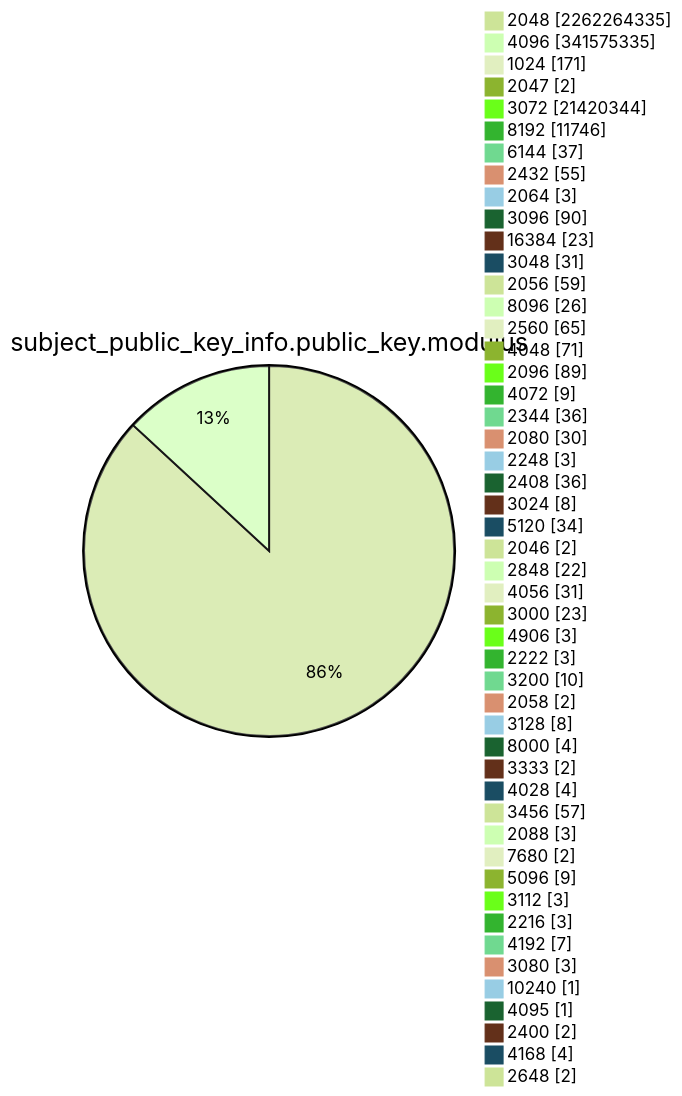
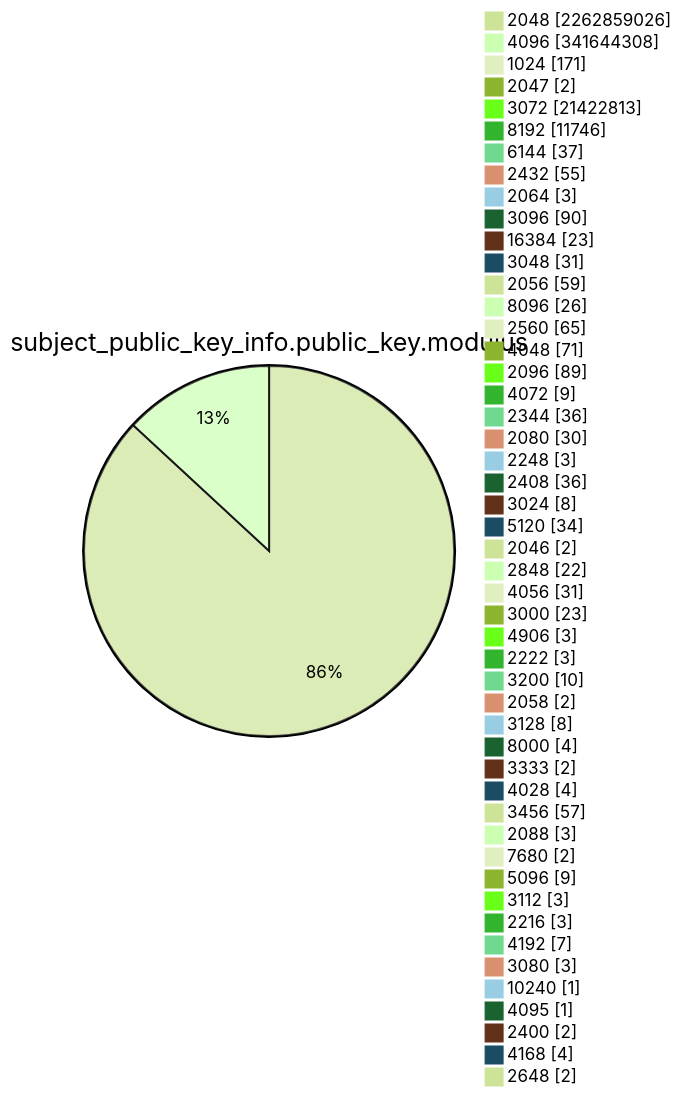
Diagram 13 of 15 in TOTAL/README.md (christiankrug/ctmonitor_visualization), drawn with Mermaid (forest theme) before and after one commit. The commit also changed other lines of this file, not shown here.

````diff
--- a/TOTAL/README.md
+++ b/TOTAL/README.md
@@ -4165,53 +4165,53 @@
 ```mermaid
 pie showData
 title subject_public_key_info.public_key.modulus
-"2048" :2262264335
-"4096" :341575335
+"2048" :2262859026
+"4096" :341644308
 "1024" :171
 "2047" :2
-"3072" :21420344
+"3072" :21422813
 "8192" :11746
 "6144" :37
 "2432" :55
 "2064" :3
 "3096" :90
 "16384" :23
 "3048" :31
 "2056" :59
 "8096" :26
 "2560" :65
 "4048" :71
 "2096" :89
 "4072" :9
 "2344" :36
 "2080" :30
 "2248" :3
 "2408" :36
 "3024" :8
 "5120" :34
 "2046" :2
 "2848" :22
 "4056" :31
 "3000" :23
 "4906" :3
 "2222" :3
 "3200" :10
 "2058" :2
 "3128" :8
 "8000" :4
 "3333" :2
 "4028" :4
 "3456" :57
 "2088" :3
 "7680" :2
 "5096" :9
 "3112" :3
 "2216" :3
 "4192" :7
 "3080" :3
 "10240" :1
 "4095" :1
 "2400" :2
 "4168" :4
 "2648" :2
 ```
````
